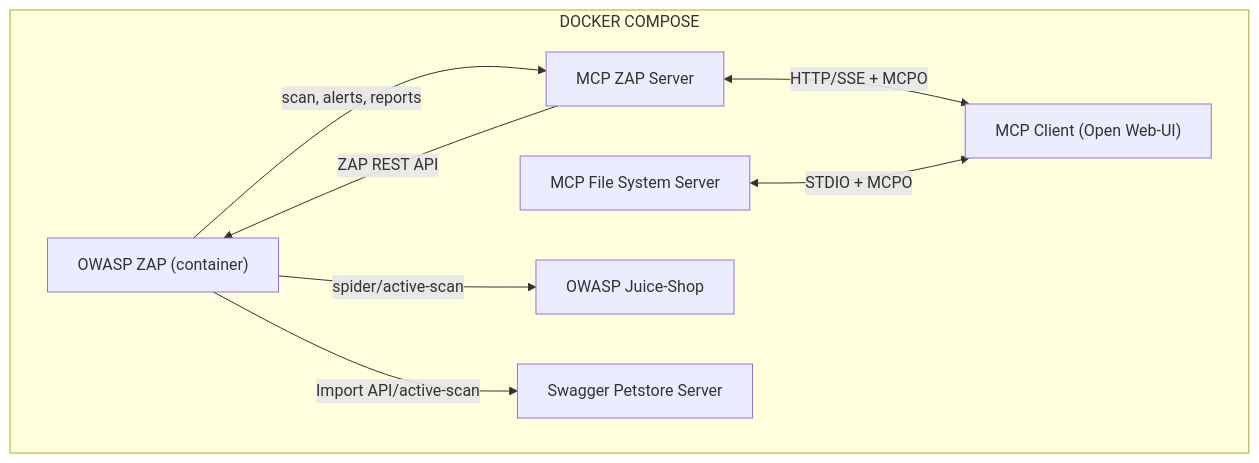
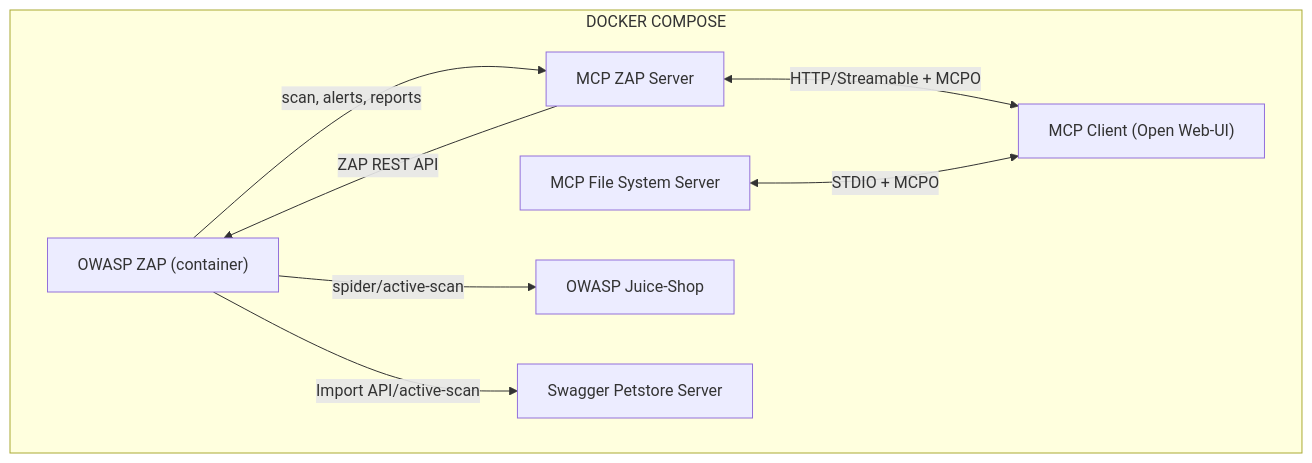
One commit to dtkmn/mcp-zap-server changed the diagram in README.md. Above: the diagram before and after it, drawn with Mermaid. The commit also changed other lines of this file, not shown here.

````diff
--- a/README.md
+++ b/README.md
@@ -48,20 +47,20 @@
 ```mermaid
 flowchart LR
   subgraph "DOCKER COMPOSE"
     direction LR
     ZAP["OWASP ZAP (container)"]
     MCPZAP["MCP ZAP Server"]
     MCPFile["MCP File System Server"]
     Client["MCP Client (Open Web-UI)"]
     Juice["OWASP Juice-Shop"]
     Petstore["Swagger Petstore Server"]
   end
 
-  MCPZAP <-->|HTTP/SSE + MCPO| Client
+  MCPZAP <-->|HTTP/Streamable + MCPO| Client
   MCPFile <-->|STDIO + MCPO| Client
   MCPZAP -->|ZAP REST API| ZAP
   ZAP -->|scan, alerts, reports| MCPZAP
 
   ZAP -->|spider/active-scan| Juice
   ZAP -->|Import API/active-scan| Petstore
 ```
````
